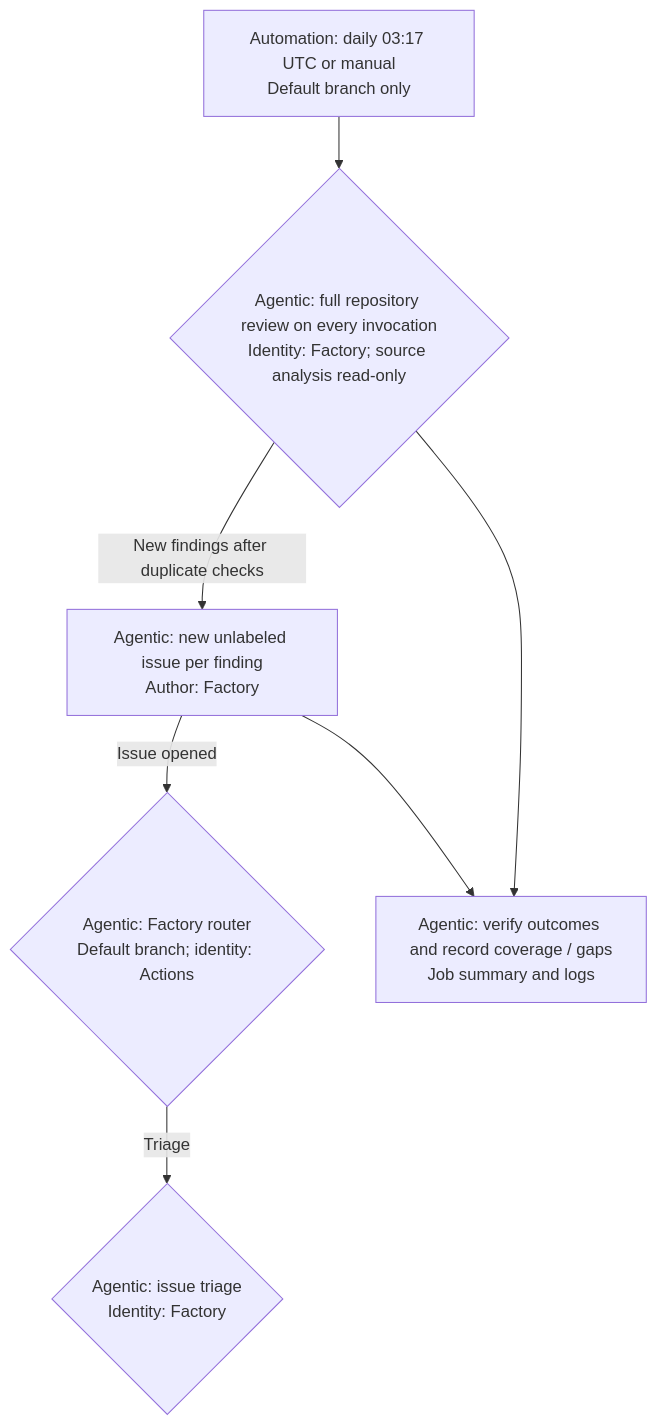
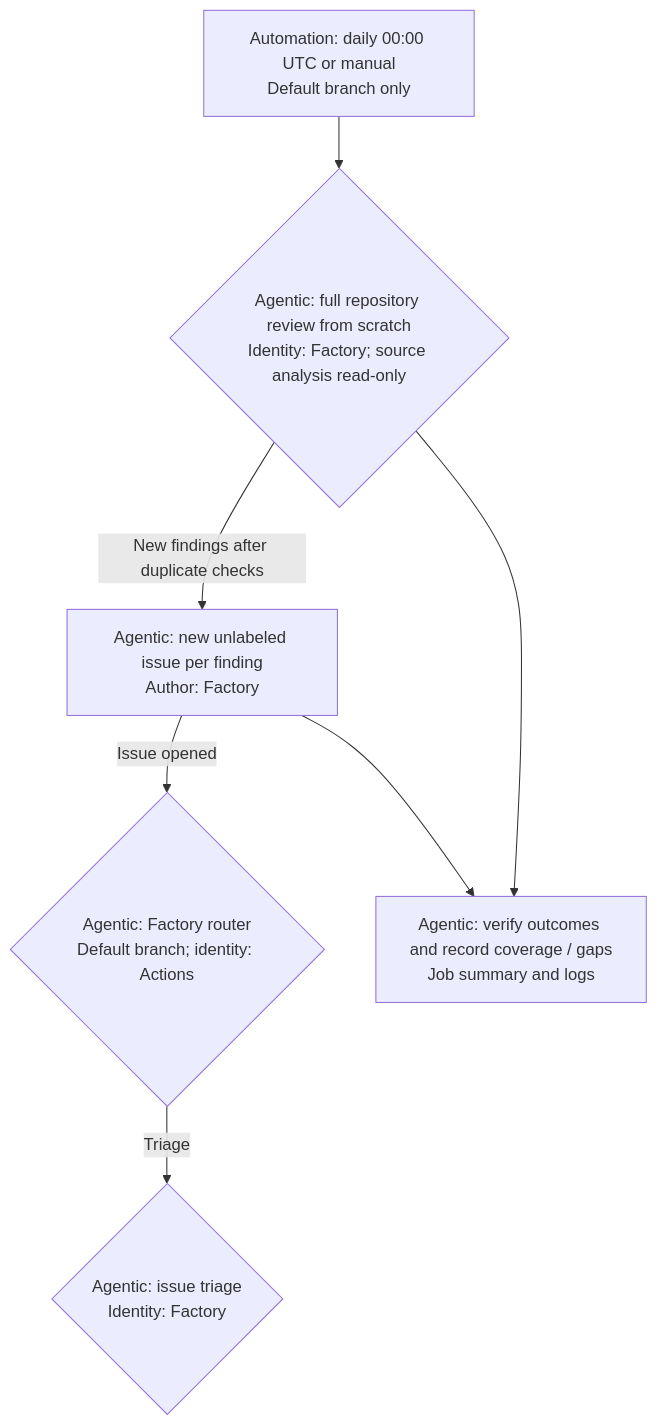
The third of 3 diagrams in README.md (VasiliyNovikov/Factory), drawn with Mermaid before and after one commit. The commit also changed other lines of this file and 3 other files, not shown here.

First line of the commit message:
Simplify repository review guidance and run at midnight

````diff
--- a/README.md
+++ b/README.md
@@ -105,9 +105,9 @@
 ```mermaid
 flowchart TD
-    repositoryReviewTrigger["Automation: daily 03:17 UTC or manual<br/>Default branch only"] --> repositoryReview{"Agentic: full repository review on every invocation<br/>Identity: Factory; source analysis read-only"}
+    repositoryReviewTrigger["Automation: daily 00:00 UTC or manual<br/>Default branch only"] --> repositoryReview{"Agentic: full repository review from scratch<br/>Identity: Factory; source analysis read-only"}
     repositoryReview -->|New findings after duplicate checks| repositoryReviewIssue["Agentic: new unlabeled issue per finding<br/>Author: Factory"]
     repositoryReviewIssue -->|Issue opened| router{"Agentic: Factory router<br/>Default branch; identity: Actions"}
     router -->|Triage| triage{"Agentic: issue triage<br/>Identity: Factory"}
     repositoryReview --> repositoryReviewSummary["Agentic: verify outcomes and record coverage / gaps<br/>Job summary and logs"]
     repositoryReviewIssue --> repositoryReviewSummary
 ```
````
